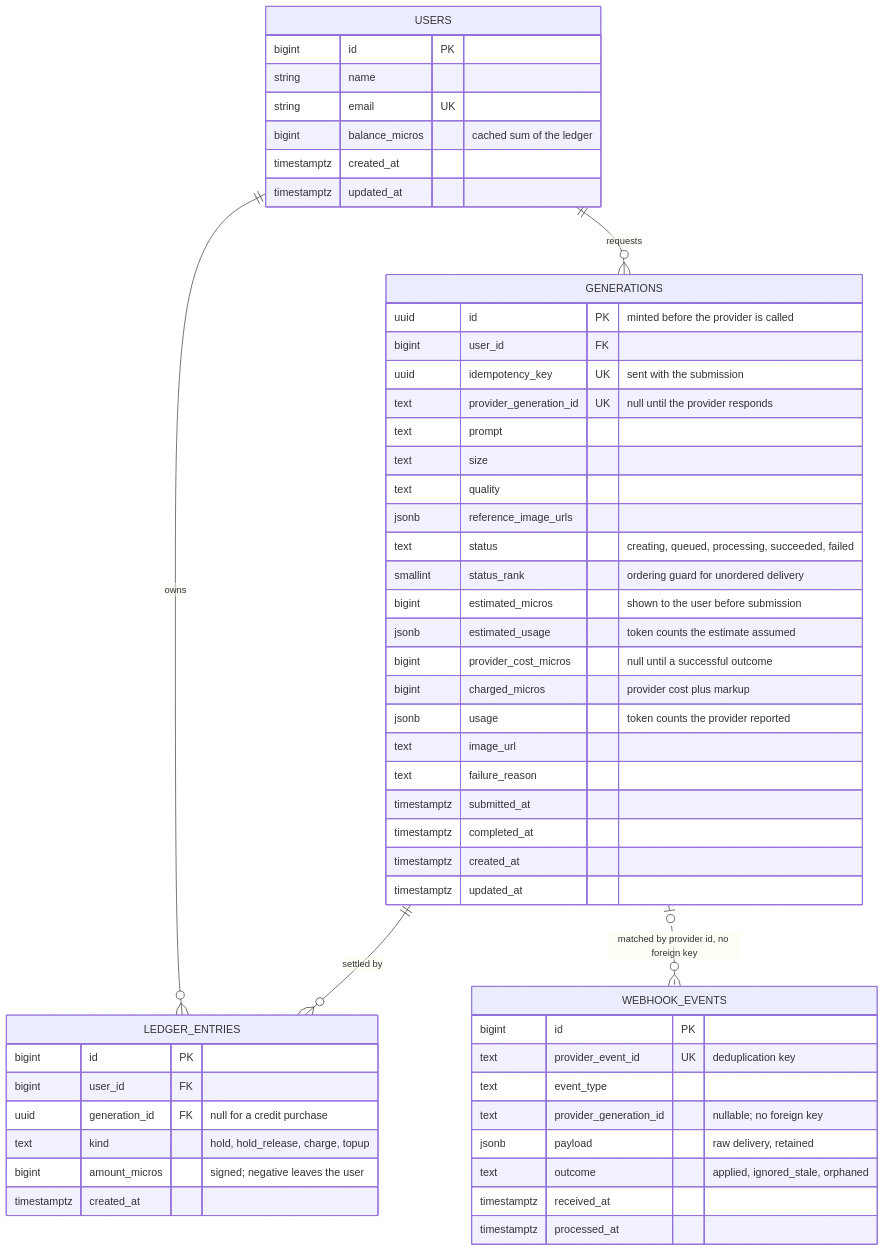
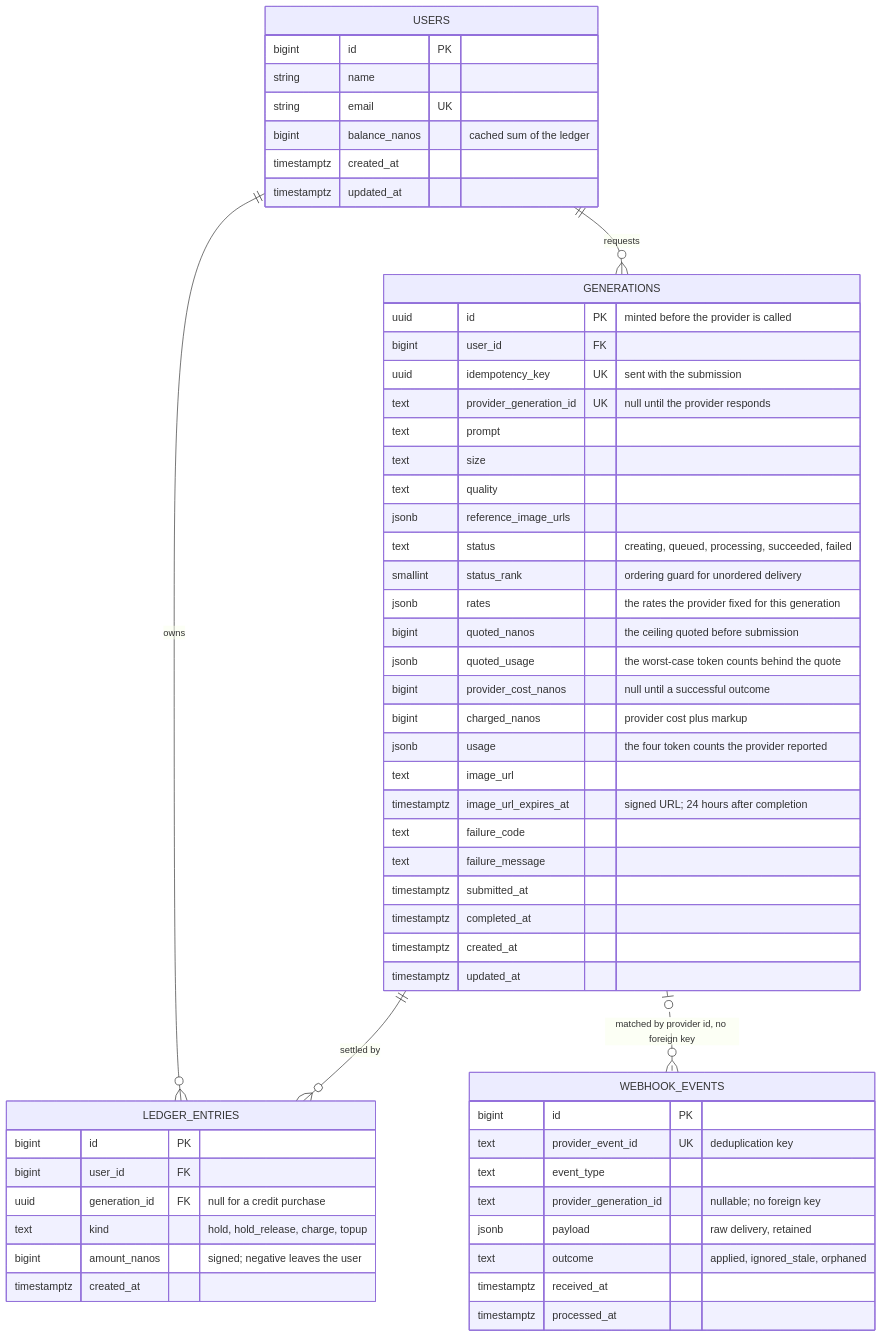
One commit to enochval/pixelforge-studio changed the diagram in docs/ERD.md. Above: the diagram before and after it, drawn with Mermaid. The commit also changed other lines of this file and 42 other files, not shown here.

````diff
--- a/docs/ERD.md
+++ b/docs/ERD.md
@@ -11,60 +11,63 @@
 ```mermaid
 erDiagram
     USERS ||--o{ GENERATIONS : requests
     USERS ||--o{ LEDGER_ENTRIES : owns
     GENERATIONS ||--o{ LEDGER_ENTRIES : "settled by"
     GENERATIONS |o..o{ WEBHOOK_EVENTS : "matched by provider id, no foreign key"
 
     USERS {
         bigint id PK
         string name
         string email UK
-        bigint balance_micros "cached sum of the ledger"
+        bigint balance_nanos "cached sum of the ledger"
         timestamptz created_at
         timestamptz updated_at
     }
 
     GENERATIONS {
         uuid id PK "minted before the provider is called"
         bigint user_id FK
         uuid idempotency_key UK "sent with the submission"
         text provider_generation_id UK "null until the provider responds"
         text prompt
         text size
         text quality
         jsonb reference_image_urls
         text status "creating, queued, processing, succeeded, failed"
         smallint status_rank "ordering guard for unordered delivery"
-        bigint estimated_micros "shown to the user before submission"
-        jsonb estimated_usage "token counts the estimate assumed"
-        bigint provider_cost_micros "null until a successful outcome"
-        bigint charged_micros "provider cost plus markup"
-        jsonb usage "token counts the provider reported"
+        jsonb rates "the rates the provider fixed for this generation"
+        bigint quoted_nanos "the ceiling quoted before submission"
+        jsonb quoted_usage "the worst-case token counts behind the quote"
+        bigint provider_cost_nanos "null until a successful outcome"
+        bigint charged_nanos "provider cost plus markup"
+        jsonb usage "the four token counts the provider reported"
         text image_url
-        text failure_reason
+        timestamptz image_url_expires_at "signed URL; 24 hours after completion"
+        text failure_code
+        text failure_message
         timestamptz submitted_at
         timestamptz completed_at
         timestamptz created_at
         timestamptz updated_at
     }
 
     LEDGER_ENTRIES {
         bigint id PK
         bigint user_id FK
         uuid generation_id FK "null for a credit purchase"
         text kind "hold, hold_release, charge, topup"
-        bigint amount_micros "signed; negative leaves the user"
+        bigint amount_nanos "signed; negative leaves the user"
         timestamptz created_at
     }
 
     WEBHOOK_EVENTS {
         bigint id PK
         text provider_event_id UK "deduplication key"
         text event_type
         text provider_generation_id "nullable; no foreign key"
         jsonb payload "raw delivery, retained"
         text outcome "applied, ignored_stale, orphaned"
         timestamptz received_at
         timestamptz processed_at
     }
 ```
````
